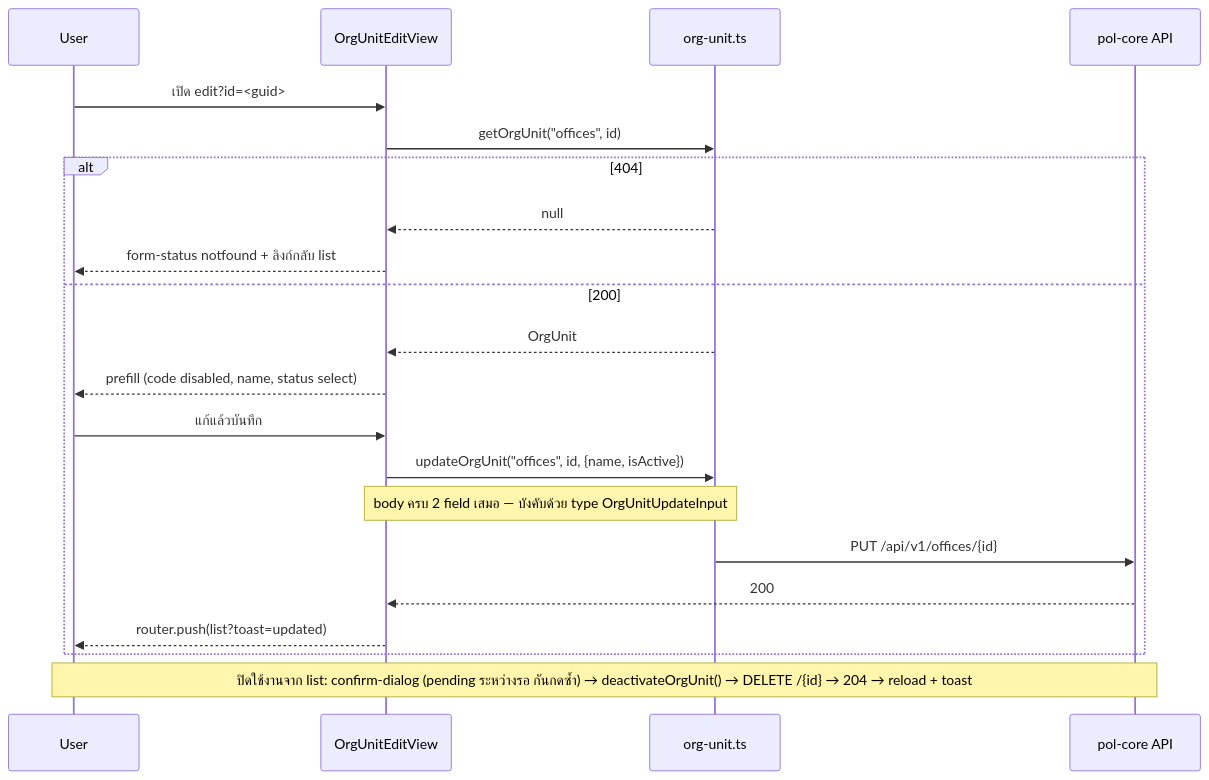
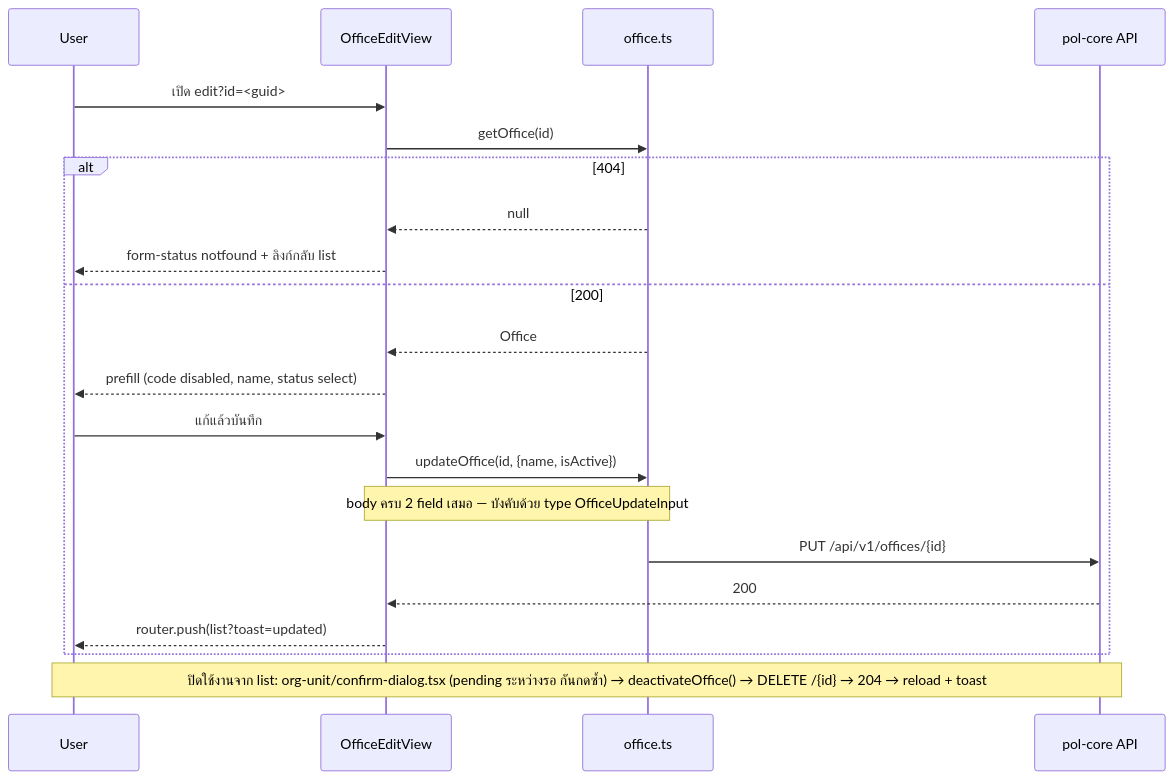
Before and after one commit to metrodiesign/pol-admin: the third of 3 diagrams in .claude/specs/organization-structure/design.md, drawn with Mermaid. The commit also changed other lines of this file and 2 other files, not shown here.

````diff
--- a/.claude/specs/organization-structure/design.md
+++ b/.claude/specs/organization-structure/design.md
@@ -127,25 +159,25 @@
 ```mermaid
 sequenceDiagram
     participant U as User
-    participant E as OrgUnitEditView
-    participant A as org-unit.ts
+    participant E as OfficeEditView
+    participant A as office.ts
     participant B as pol-core API
 
     U->>E: เปิด edit?id=<guid>
-    E->>A: getOrgUnit("offices", id)
+    E->>A: getOffice(id)
     alt 404
         A-->>E: null
         E-->>U: form-status notfound + ลิงก์กลับ list
     else 200
-        A-->>E: OrgUnit
+        A-->>E: Office
         E-->>U: prefill (code disabled, name, status select)
         U->>E: แก้แล้วบันทึก
-        E->>A: updateOrgUnit("offices", id, {name, isActive})
-        Note over E,A: body ครบ 2 field เสมอ — บังคับด้วย type OrgUnitUpdateInput
+        E->>A: updateOffice(id, {name, isActive})
+        Note over E,A: body ครบ 2 field เสมอ — บังคับด้วย type OfficeUpdateInput
         A->>B: PUT /api/v1/offices/{id}
         B-->>E: 200
         E-->>U: router.push(list?toast=updated)
     end
 
-    Note over U,B: ปิดใช้งานจาก list: confirm-dialog (pending ระหว่างรอ กันกดซ้ำ) → deactivateOrgUnit() → DELETE /{id} → 204 → reload + toast
+    Note over U,B: ปิดใช้งานจาก list: org-unit/confirm-dialog.tsx (pending ระหว่างรอ กันกดซ้ำ) → deactivateOffice() → DELETE /{id} → 204 → reload + toast
 ```
````
